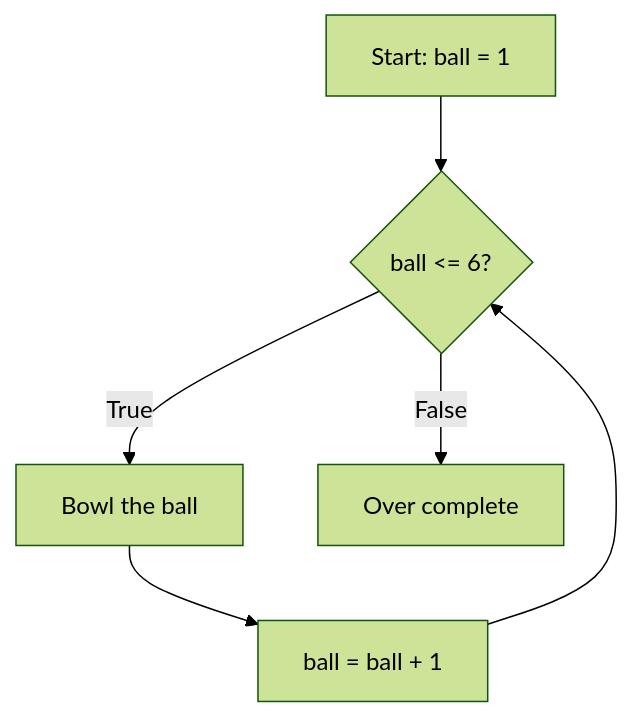
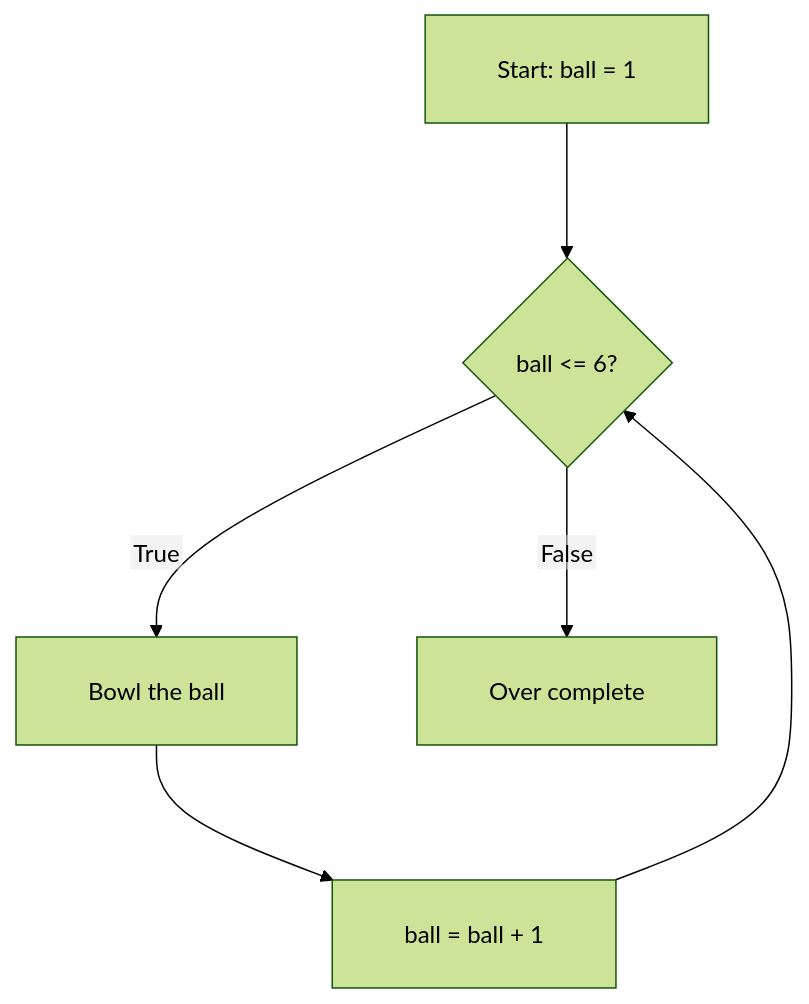
Before and after one commit to ABVenu/salcurriculum: the second of 8 diagrams in SAL-2026/Python Basics - English/S03/NotesPresentation.md, drawn with Mermaid (forest theme). The commit also changed other lines of this file and 820 other files, not shown here.

````diff
--- a/SAL-2026/Python Basics - English/S03/NotesPresentation.md
+++ b/SAL-2026/Python Basics - English/S03/NotesPresentation.md
@@ -60,8 +245,9 @@
 ```mermaid
+%%{init: {"flowchart": {"htmlLabels": false, "curve": "basis", "padding": 24, "nodeSpacing": 80, "rankSpacing": 90, "diagramPadding": 48}}}%%
 flowchart TB
-    S[Start: ball = 1] --> C{ball <= 6?}
-    C -->|True| A[Bowl the ball]
-    A --> U[ball = ball + 1]
+    S["  Start: ball = 1  "] --> C{"  ball <= 6?  "}
+    C -->|"  True  "| A["  Bowl the ball  "]
+    A --> U["  ball = ball + 1  "]
     U --> C
-    C -->|False| E[Over complete]
+    C -->|"  False  "| E["  Over complete  "]
 ```
````
